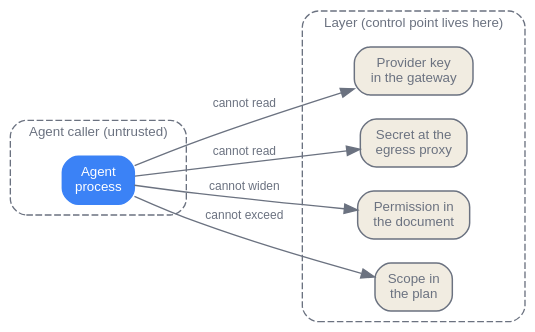
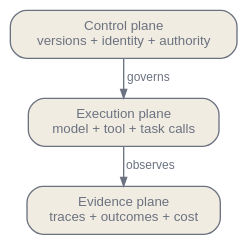
The first of 3 diagrams in en/ecosystem/03-tooling-ecosystem.qmd (latere-ai/ai-as-an-infrastructure), drawn with Graphviz before and after one commit. The commit also changed other lines of this file and 3 other files, not shown here.

````diff
--- a/en/ecosystem/03-tooling-ecosystem.qmd
+++ b/en/ecosystem/03-tooling-ecosystem.qmd
@@ -48,32 +19,20 @@
 ```{dot}
-//| label: fig-tooling-control-shift
-//| fig-cap: "The one move, made four times. Each primitive lifts a control point out of the agent caller, where the model could read or bypass it, and into a layer the caller must pass through."
-digraph control_shift {
-  rankdir=LR;
+//| label: fig-tooling-planes
+//| fig-cap: "A production toolchain has three distinct planes. Control chooses versions and authority, execution performs model, tool, and task calls, and evidence records the resulting facts. Combining them in one framework does not remove the distinctions."
+digraph tooling_planes {
   bgcolor="transparent";
-  node [shape=box, style="rounded,filled", fontname="Helvetica", fontsize=10, fillcolor="#f1ece1", color="#6b7280", fontcolor="#6b7280", penwidth=1.1];
-  edge [fontname="Helvetica", fontsize=9, color="#6b7280", fontcolor="#6b7280"];
-
-  subgraph cluster_caller {
-    label="Agent caller (untrusted)";
-    style="rounded,dashed";
-    fontname="Helvetica"; fontsize=10; fontcolor="#6b7280"; color="#6b7280";
-    agent [label="Agent\nprocess", fillcolor="#3b82f6", fontcolor="white", color="#3b82f6"];
-  }
-
-  subgraph cluster_layer {
-    label="Layer (control point lives here)";
-    style="rounded,dashed";
-    fontname="Helvetica"; fontsize=10; fontcolor="#6b7280"; color="#6b7280";
-    key [label="Provider key\nin the gateway"];
-    runtime [label="Secret at the\negress proxy"];
-    perm [label="Permission in\nthe document"];
-    plan [label="Scope in\nthe plan"];
-  }
-
-  agent -> key [label="cannot read"];
-  agent -> runtime [label="cannot read"];
-  agent -> perm [label="cannot widen"];
-  agent -> plan [label="cannot exceed"];
+  rankdir=TB;
+  nodesep=0.15;
+  ranksep=0.28;
+  node [shape=box, style="rounded,filled", fontname="Helvetica", fontsize=10,
+        color="#6b7280", fontcolor="#6b7280", fillcolor="#f1ece1",
+        margin="0.12,0.08"];
+  edge [color="#6b7280", fontcolor="#6b7280", fontname="Helvetica",
+        fontsize=9, arrowsize=0.65];
+  C [label="Control plane\nversions + identity + authority"];
+  X [label="Execution plane\nmodel + tool + task calls"];
+  E [label="Evidence plane\ntraces + outcomes + cost"];
+  C -> X [label="governs"];
+  X -> E [label="observes"];
 }
 ```
````
